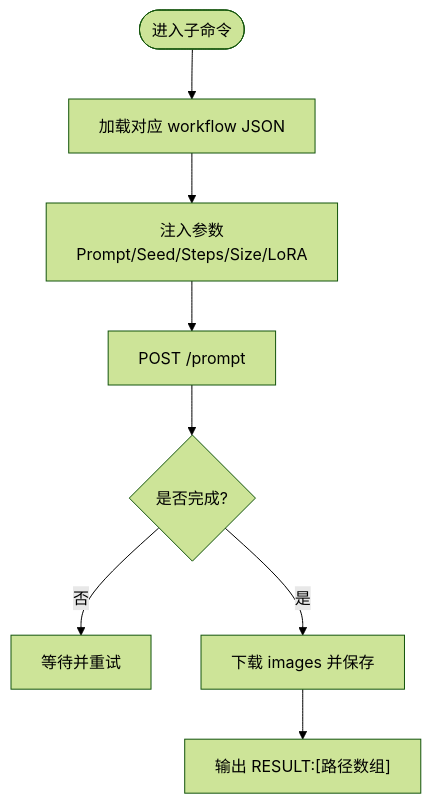
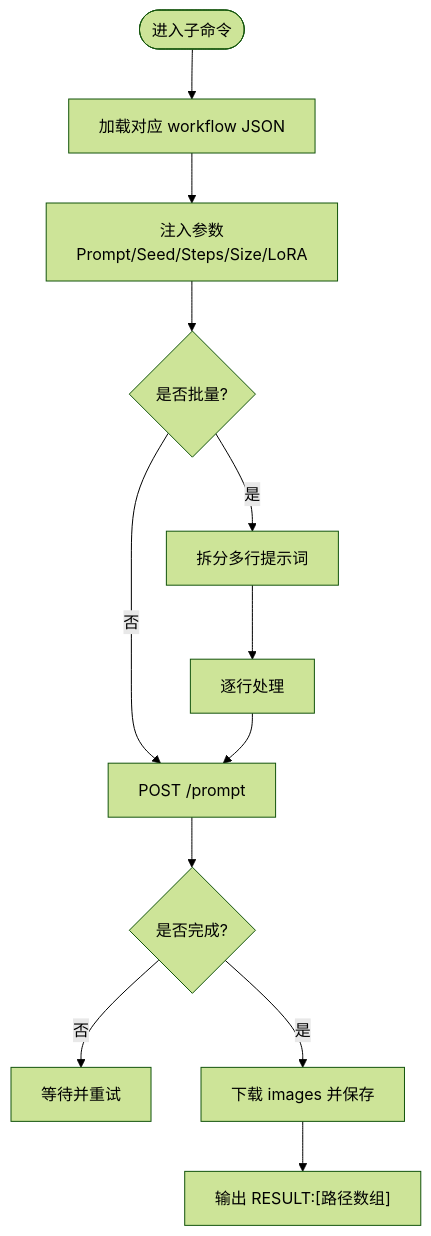
Before and after one commit to swond-Mao/Tiffa: the fourth of 8 diagrams in .qoder/repowiki/zh/content/技能系统/图像处理技能/图像处理技能.md, drawn with Mermaid (forest theme). The commit also changed other lines of this file and 359 other files, not shown here.

````diff
--- a/.qoder/repowiki/zh/content/技能系统/图像处理技能/图像处理技能.md
+++ b/.qoder/repowiki/zh/content/技能系统/图像处理技能/图像处理技能.md
@@ -195,10 +206,14 @@
 ```mermaid
 flowchart TD
 Start(["进入子命令"]) --> LoadWF["加载对应 workflow JSON"]
 LoadWF --> InjectParams["注入参数<br/>Prompt/Seed/Steps/Size/LoRA"]
-InjectParams --> Submit["POST /prompt"]
+InjectParams --> CheckBatch{"是否批量?"}
+CheckBatch --> |是| SplitLines["拆分多行提示词"]
+CheckBatch --> |否| Submit["POST /prompt"]
+SplitLines --> ForEachLine["逐行处理"]
+ForEachLine --> Submit
 Submit --> Poll{"是否完成?"}
 Poll --> |否| Wait["等待并重试"]
 Poll --> |是| Download["下载 images 并保存"]
 Download --> Result["输出 RESULT:[路径数组]"]
 ```
````
